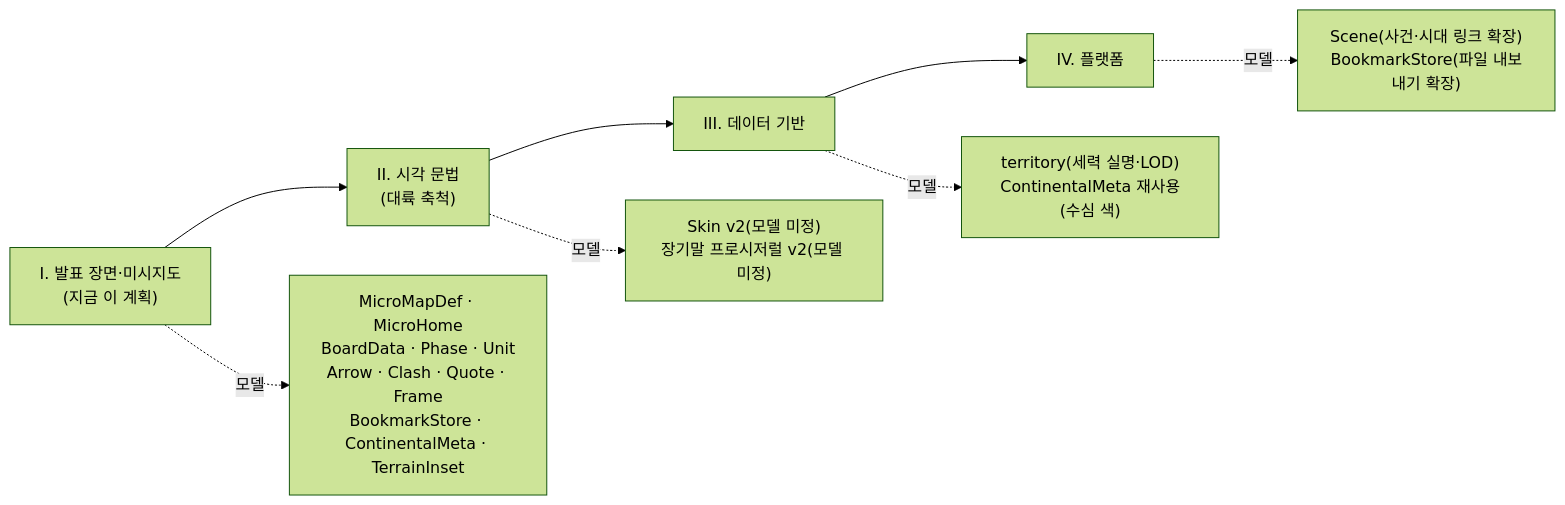
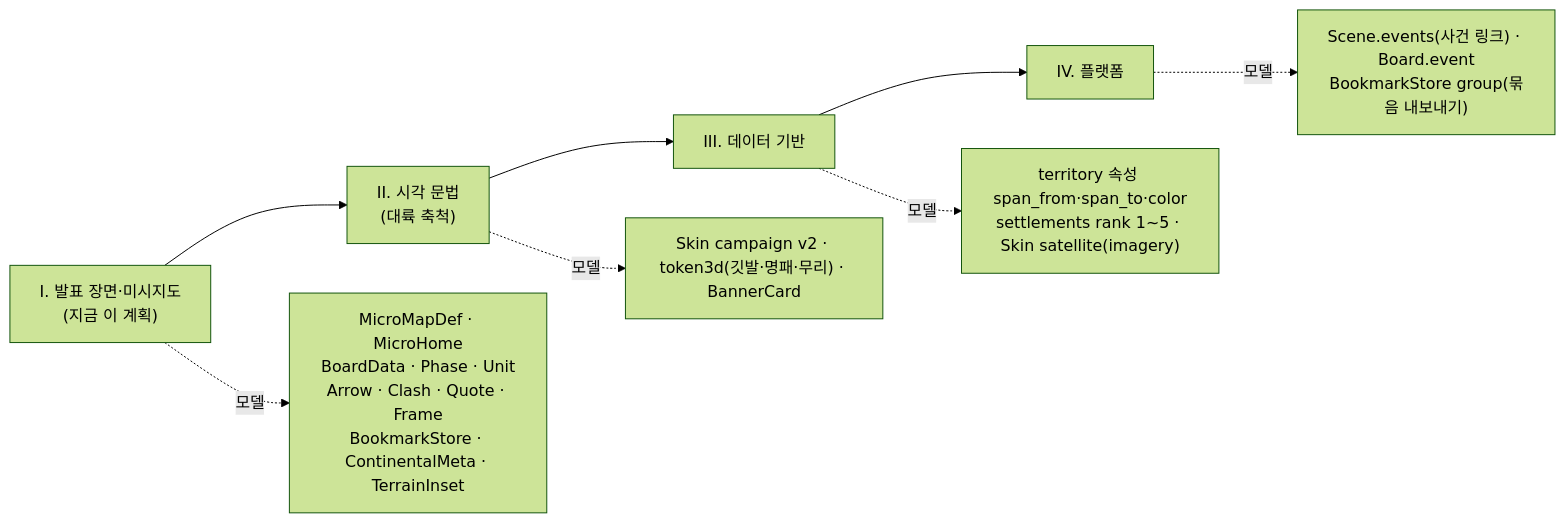
The seventh of 7 diagrams in docs/MODELS.md (snas-lifebook/chronoatlas), drawn with Mermaid (forest theme) before and after one commit. The commit also changed other lines of this file and 61 other files, not shown here.

First line of the commit message:
feat(III·IV): 위성 스킨 · 세력 존속연도와 팔레트 밖 색 · LOD 5단 · 장면-사건 링크 층 · 북마크 묶음

````diff
--- a/docs/MODELS.md
+++ b/docs/MODELS.md
@@ -417,11 +424,11 @@
 ```mermaid
 flowchart LR
   I["I. 발표 장면·미시지도<br/>(지금 이 계획)"] --> II["II. 시각 문법<br/>(대륙 축척)"]
   II --> III["III. 데이터 기반"]
   III --> IV["IV. 플랫폼"]
 
   I -.모델.-> I1["MicroMapDef · MicroHome<br/>BoardData · Phase · Unit<br/>Arrow · Clash · Quote · Frame<br/>BookmarkStore · ContinentalMeta · TerrainInset"]
-  II -.모델.-> II1["Skin v2(모델 미정)<br/>장기말 프로시저럴 v2(모델 미정)"]
-  III -.모델.-> III1["territory(세력 실명·LOD)<br/>ContinentalMeta 재사용(수심 색)"]
-  IV -.모델.-> IV1["Scene(사건·시대 링크 확장)<br/>BookmarkStore(파일 내보내기 확장)"]
+  II -.모델.-> II1["Skin campaign v2 · token3d(깃발·명패·무리) · BannerCard"]
+  III -.모델.-> III1["territory 속성 span_from·span_to·color<br/>settlements rank 1~5 · Skin satellite(imagery)"]
+  IV -.모델.-> IV1["Scene.events(사건 링크) · Board.event<br/>BookmarkStore group(묶음 내보내기)"]
 ```
````
